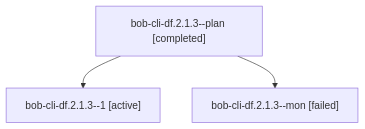
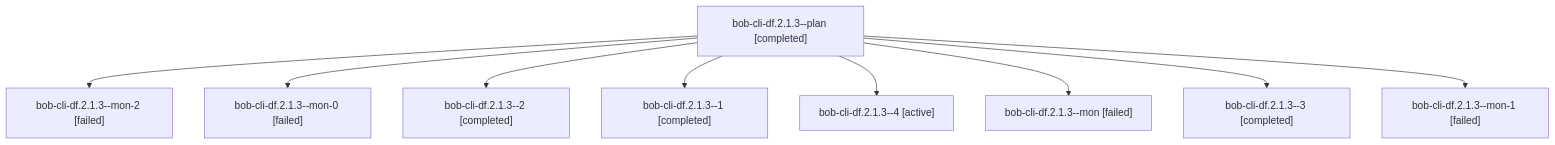
One commit to bobs-org/bob-cli--agents changed the diagram in sessions/bbugyi200.athena.bob-cli-df.2.1.3.md. Above: the diagram before and after it, drawn with Mermaid. The commit also changed other lines of this file and 86 other files, not shown here.

````diff
--- a/sessions/bbugyi200.athena.bob-cli-df.2.1.3.md
+++ b/sessions/bbugyi200.athena.bob-cli-df.2.1.3.md
@@ -9,8 +9,20 @@
 ```mermaid
 flowchart TD
   n0["bob-cli-df.2.1.3--plan [completed]"]
-  n1["bob-cli-df.2.1.3--1 [active]"]
+  n1["bob-cli-df.2.1.3--mon-2 [failed]"]
   n0 --> n1
-  n2["bob-cli-df.2.1.3--mon [failed]"]
+  n2["bob-cli-df.2.1.3--mon-0 [failed]"]
   n0 --> n2
+  n3["bob-cli-df.2.1.3--2 [completed]"]
+  n0 --> n3
+  n4["bob-cli-df.2.1.3--1 [completed]"]
+  n0 --> n4
+  n5["bob-cli-df.2.1.3--4 [active]"]
+  n0 --> n5
+  n6["bob-cli-df.2.1.3--mon [failed]"]
+  n0 --> n6
+  n7["bob-cli-df.2.1.3--3 [completed]"]
+  n0 --> n7
+  n8["bob-cli-df.2.1.3--mon-1 [failed]"]
+  n0 --> n8
 ```
````
